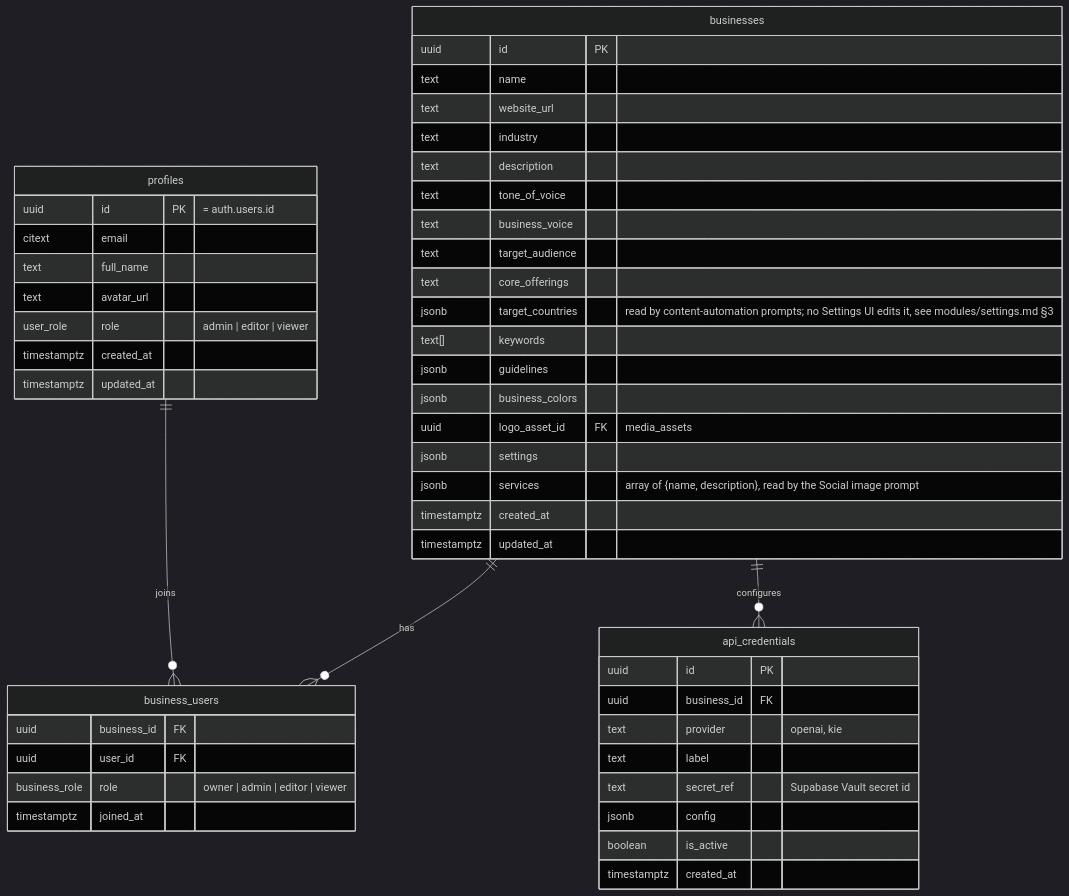
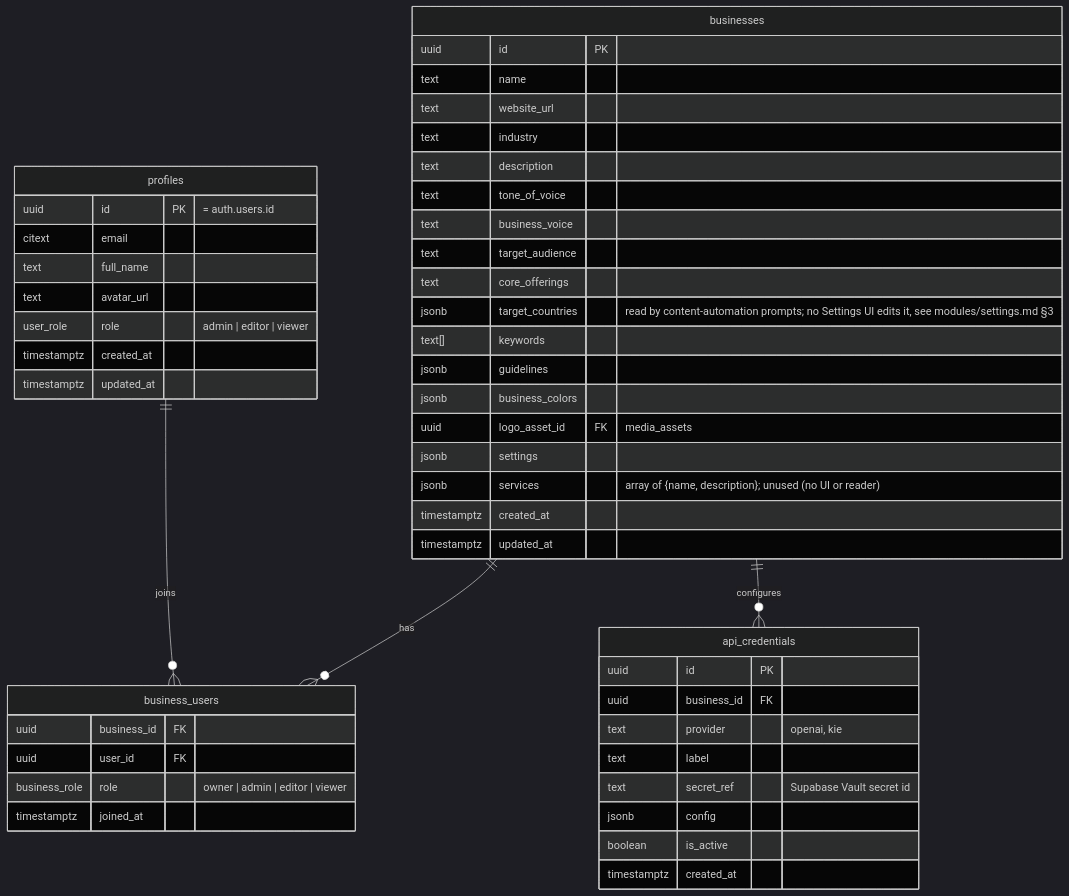
One commit to Aumatic-AI/kangroo-Kinetix changed the first of 3 diagrams in docs/architecture/database_schema.md. Above: the diagram before and after it, drawn with Mermaid (dark theme). The commit also changed 11 other files, not shown here.

````diff
--- a/docs/architecture/database_schema.md
+++ b/docs/architecture/database_schema.md
@@ -17,55 +17,55 @@
 ```mermaid
 erDiagram
     profiles ||--o{ business_users : "joins"
     businesses ||--o{ business_users : "has"
     businesses ||--o{ api_credentials : "configures"
 
     profiles {
         uuid id PK "= auth.users.id"
         citext email
         text full_name
         text avatar_url
         user_role role "admin | editor | viewer"
         timestamptz created_at
         timestamptz updated_at
     }
 
     businesses {
         uuid id PK
         text name
         text website_url
         text industry
         text description
         text tone_of_voice
         text business_voice
         text target_audience
         text core_offerings
         jsonb target_countries "read by content-automation prompts; no Settings UI edits it, see modules/settings.md §3"
         text[] keywords
         jsonb guidelines
         jsonb business_colors
         uuid logo_asset_id FK "media_assets"
         jsonb settings
-        jsonb services "array of {name, description}, read by the Social image prompt"
+        jsonb services "array of {name, description}; unused (no UI or reader)"
         timestamptz created_at
         timestamptz updated_at
     }
 
     business_users {
         uuid business_id FK
         uuid user_id FK
         business_role role "owner | admin | editor | viewer"
         timestamptz joined_at
     }
 
     api_credentials {
         uuid id PK
         uuid business_id FK
         text provider "openai, kie"
         text label
         text secret_ref "Supabase Vault secret id"
         jsonb config
         boolean is_active
         timestamptz created_at
     }
 ```
````
